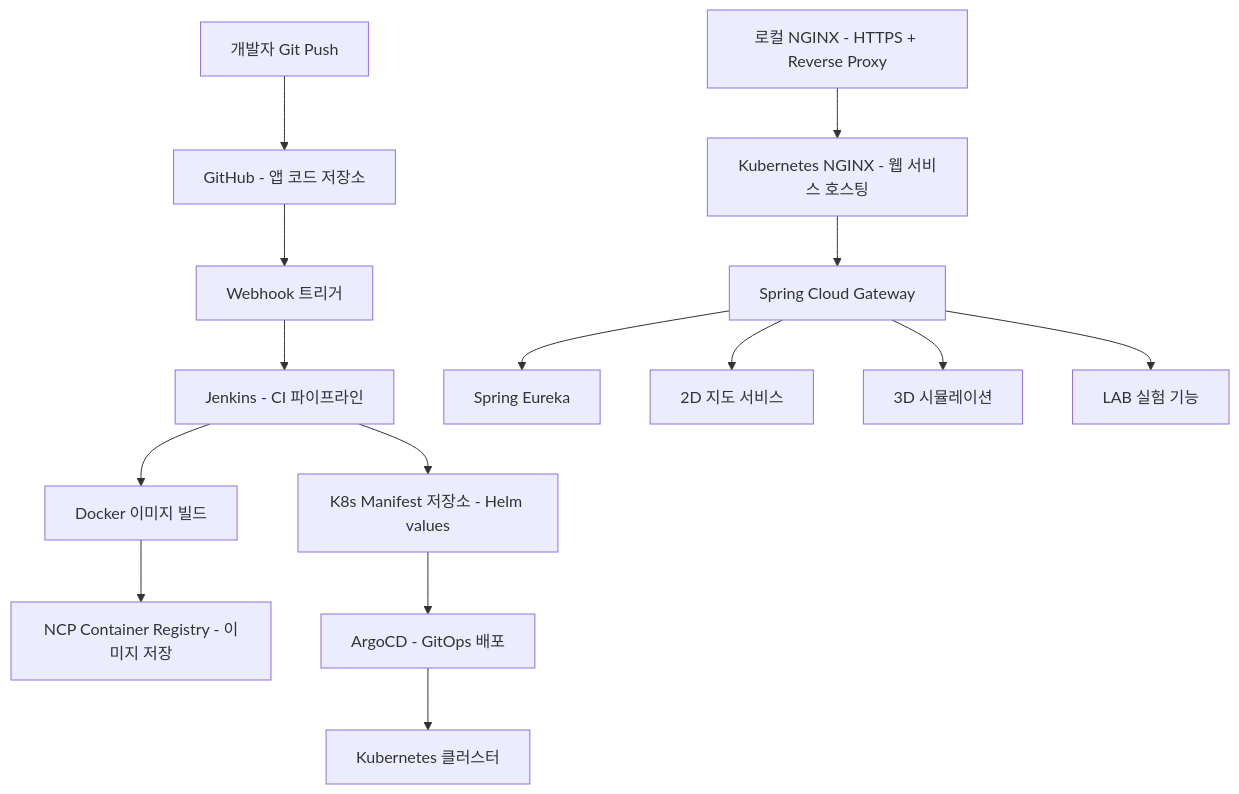
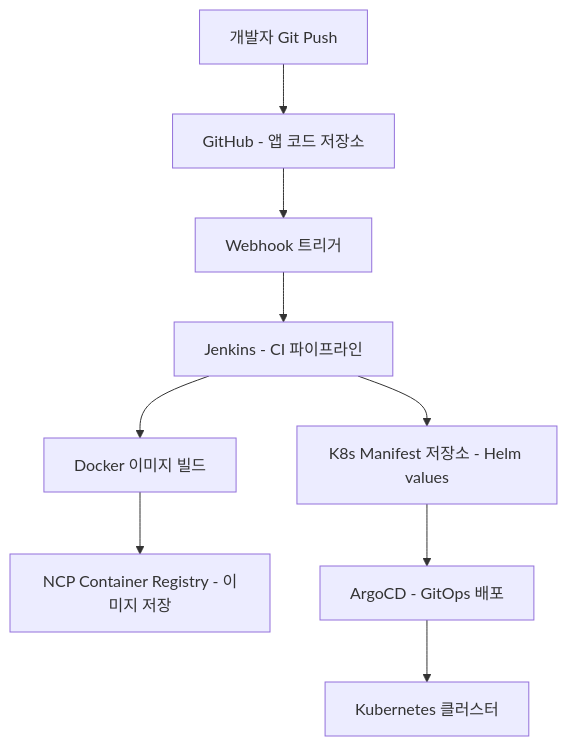
Before and after one commit to stylealist/sj-lab: the first of 2 diagrams in README.md, drawn with Mermaid. The commit also changed other lines of this file, not shown here.

````diff
--- a/README.md
+++ b/README.md
@@ -30,29 +44,17 @@
 ```mermaid
 graph TD
   Dev[개발자 Git Push]
   GitHub[GitHub - 앱 코드 저장소]
   Webhook[Webhook 트리거]
   Jenkins[Jenkins - CI 파이프라인]
   DockerBuild[Docker 이미지 빌드]
   Registry["NCP Container Registry - 이미지 저장"]
   ManifestRepo["K8s Manifest 저장소 - Helm values"]
   ArgoCD[ArgoCD - GitOps 배포]
   K8s[Kubernetes 클러스터]
-  K8sNGINX[Kubernetes NGINX - 웹 서비스 호스팅]
-  LocalNGINX[로컬 NGINX - HTTPS + Reverse Proxy]
-  Gateway[Spring Cloud Gateway]
-  Eureka[Spring Eureka]
-  Service1[2D 지도 서비스]
-  Service2[3D 시뮬레이션]
-  Service3[LAB 실험 기능]
 
   Dev --> GitHub --> Webhook --> Jenkins
   Jenkins --> DockerBuild --> Registry
   Jenkins --> ManifestRepo
   ManifestRepo --> ArgoCD --> K8s
-
-  LocalNGINX --> K8sNGINX --> Gateway --> Eureka
-  Gateway --> Service1
-  Gateway --> Service2
-  Gateway --> Service3
 ```
````
